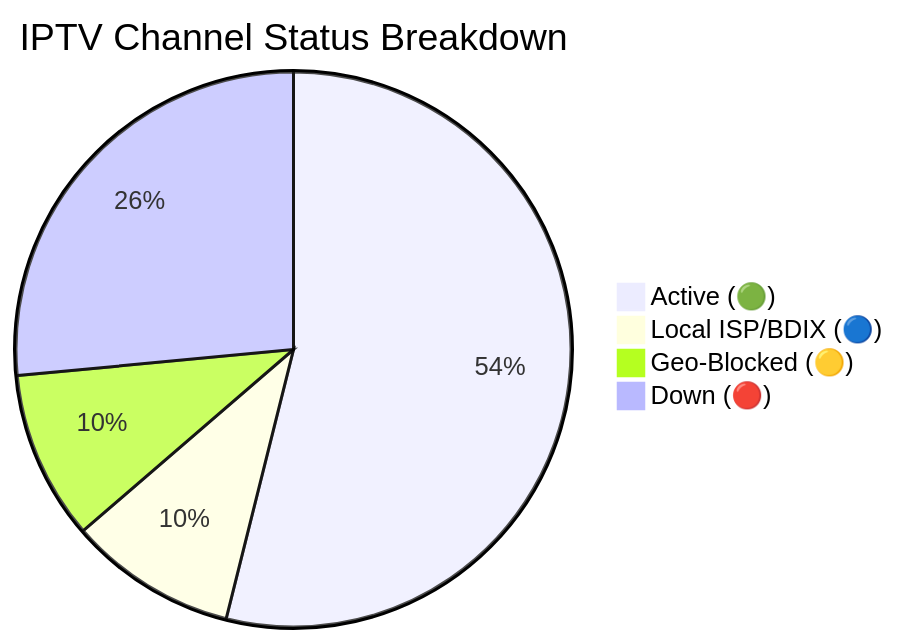
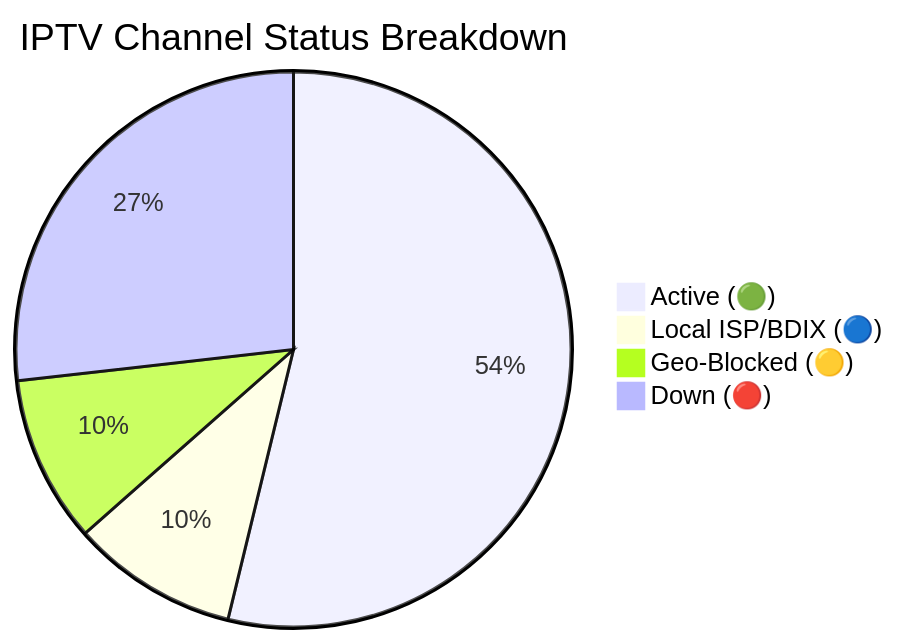
One commit to Zaman-Topu/Ip-tv-Collection changed the diagram in README.md. Above: the diagram before and after it, drawn with Mermaid. The commit also changed other lines of this file and 6 other files, not shown here.

````diff
--- a/README.md
+++ b/README.md
@@ -149,7 +149,7 @@
 ```mermaid
 pie title IPTV Channel Status Breakdown
-    "Active (🟢)" : 9198
-    "Local ISP/BDIX (🔵)" : 1669
-    "Geo-Blocked (🟡)" : 1676
-    "Down (🔴)" : 4522
+    "Active (🟢)" : 9248
+    "Local ISP/BDIX (🔵)" : 1668
+    "Geo-Blocked (🟡)" : 1669
+    "Down (🔴)" : 4607
 ```
````
